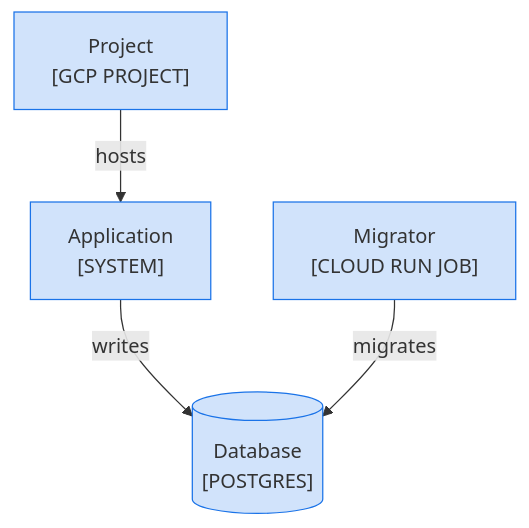
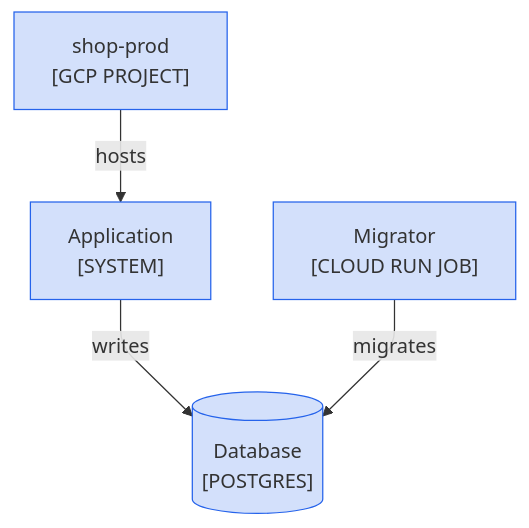
Before and after one commit to choonchernlim/skills: the diagram in skills/docsmith/scripts/fixtures/bad/mmd-infrastructure-generic.md, drawn with Mermaid. The commit also changed other lines of this file and 127 other files, not shown here.

````diff
--- a/skills/docsmith/scripts/fixtures/bad/mmd-infrastructure-generic.md
+++ b/skills/docsmith/scripts/fixtures/bad/mmd-infrastructure-generic.md
@@ -12,13 +12,14 @@
 ```mermaid
 graph TD
-  Project["Project<br/>[GCP PROJECT]"]
+  %%{init: {"themeCSS": ".cluster-label, .cluster-label div, .cluster-label span, .cluster-label p { text-align: center !important; }", "flowchart": {"curve": "rounded", "subGraphTitleMargin": {"top": 6, "bottom": 30}}}}%%
+  Project["shop-prod<br/>[GCP PROJECT]"]
   App["Application<br/>[SYSTEM]"]
   Job["Migrator<br/>[CLOUD RUN JOB]"]
   Store[("Database<br/>[POSTGRES]")]
   Project -->|"hosts"| App
   App -->|"writes"| Store
   Job -->|"migrates"| Store
 
   class Project,App,Job,Store own
-  classDef own fill:#1a73e833,stroke:#1a73e8
+  classDef own fill:#2563eb33,stroke:#2563eb
 ```
````
